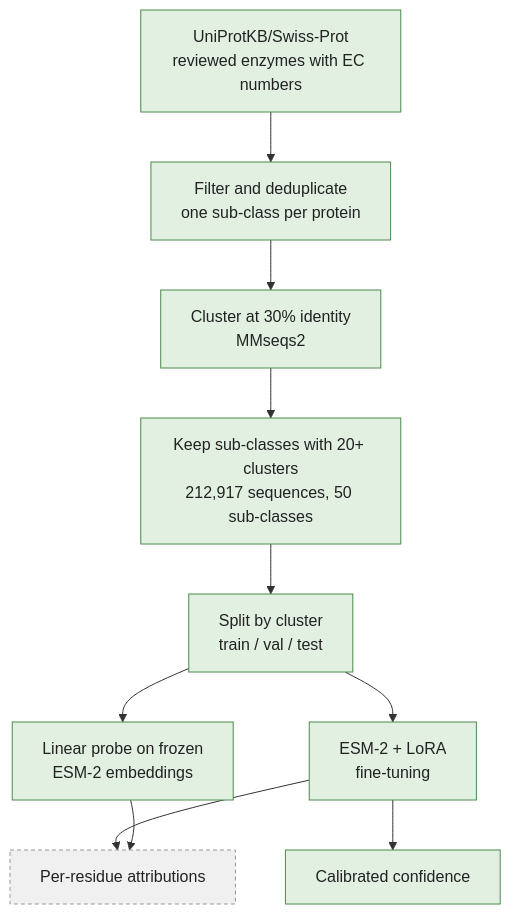
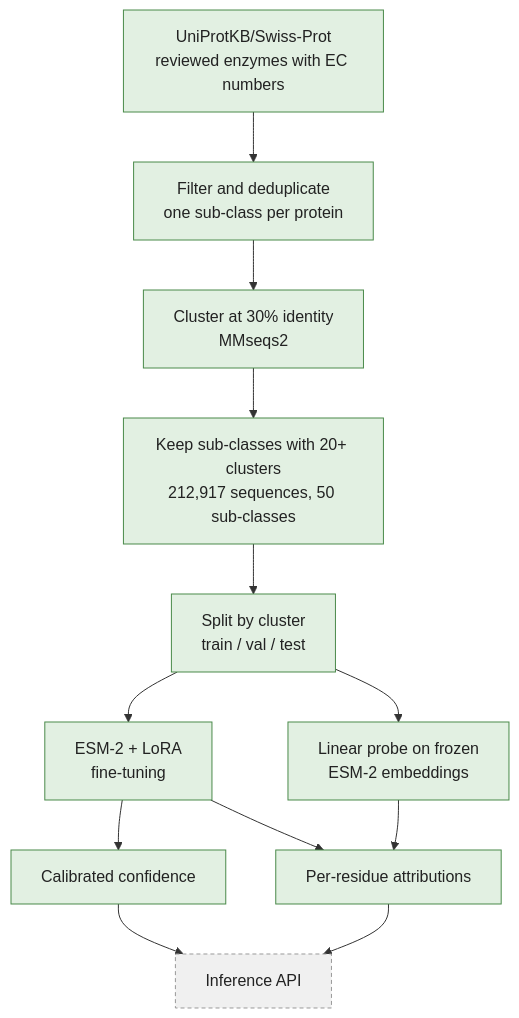
Before and after one commit to izgys/decodec: the diagram in README.md, drawn with Mermaid. The commit also changed other lines of this file and 1 other file, not shown here.

````diff
--- a/README.md
+++ b/README.md
@@ -21,16 +21,18 @@
 ```mermaid
 flowchart TD
     A["UniProtKB/Swiss-Prot<br/>reviewed enzymes with EC numbers"] --> B["Filter and deduplicate<br/>one sub-class per protein"]
     B --> C["Cluster at 30% identity<br/>MMseqs2"]
     C --> K["Keep sub-classes with 20+ clusters<br/>212,917 sequences, 50 sub-classes"]
     K --> D["Split by cluster<br/>train / val / test"]
     D --> E["Linear probe on frozen<br/>ESM-2 embeddings"]
     D --> F["ESM-2 + LoRA<br/>fine-tuning"]
     F --> G["Calibrated confidence"]
     F --> H["Per-residue attributions"]
     E --> H
+    G --> I["Inference API"]
+    H --> I
     classDef built fill:#e2f0e2,stroke:#4a8a4a,color:#222
     classDef planned fill:#f0f0f0,stroke:#999,stroke-dasharray:4 3,color:#222
-    class A,B,C,K,D,E,F,G built
-    class H planned
+    class A,B,C,K,D,E,F,G,H built
+    class I planned
 ```
````
